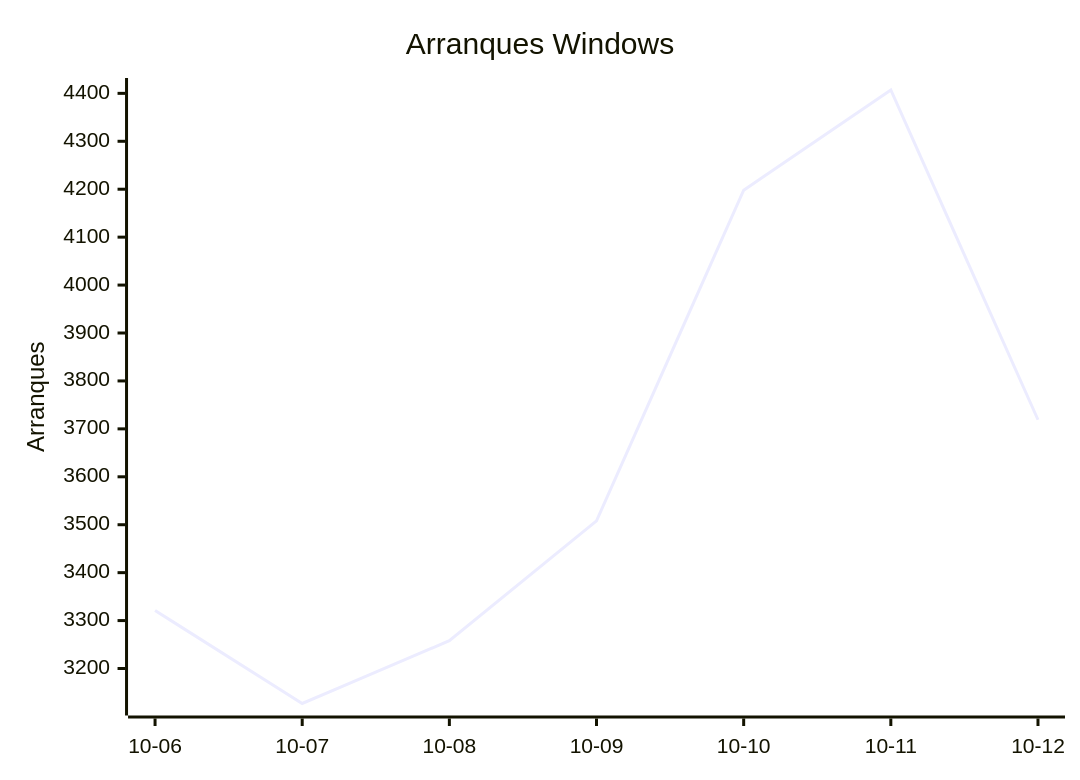
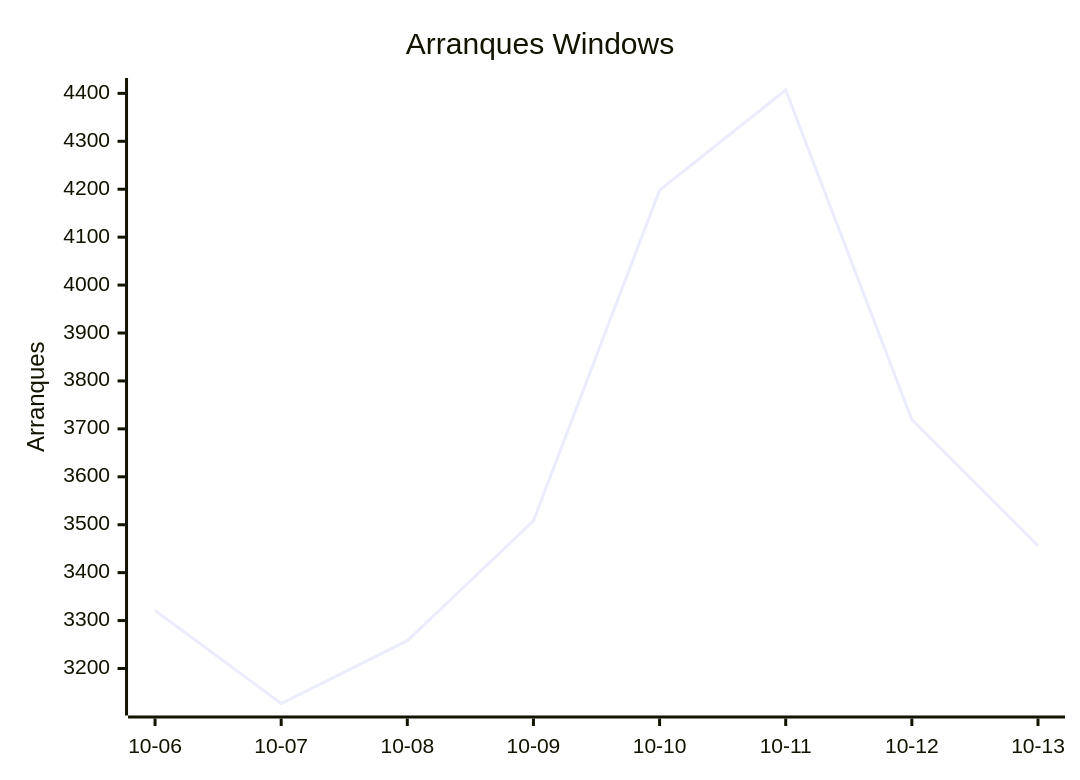
One commit to EmuDeck/stats changed the third of 8 diagrams in README.md. Above: the diagram before and after it, drawn with Mermaid. The commit also changed other lines of this file and 2 other files, not shown here.

````diff
--- a/README.md
+++ b/README.md
@@ -34,7 +34,7 @@
 ```mermaid
 xychart-beta
     title "Arranques Windows"
-    x-axis ["10-06", "10-07", "10-08", "10-09", "10-10", "10-11", "10-12"]
+    x-axis ["10-06", "10-07", "10-08", "10-09", "10-10", "10-11", "10-12", "10-13"]
     y-axis "Arranques"
-    line [3321, 3127, 3258, 3508, 4198, 4407, 3719]
+    line [3321, 3127, 3258, 3508, 4198, 4407, 3719, 3456]
 ```
````
